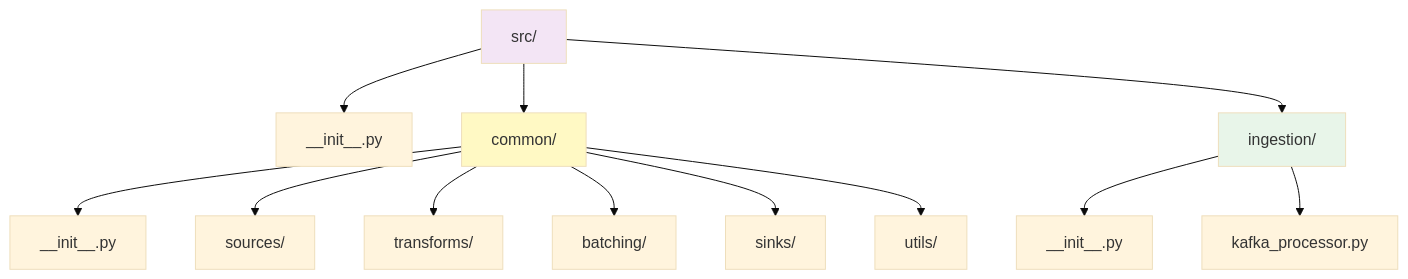
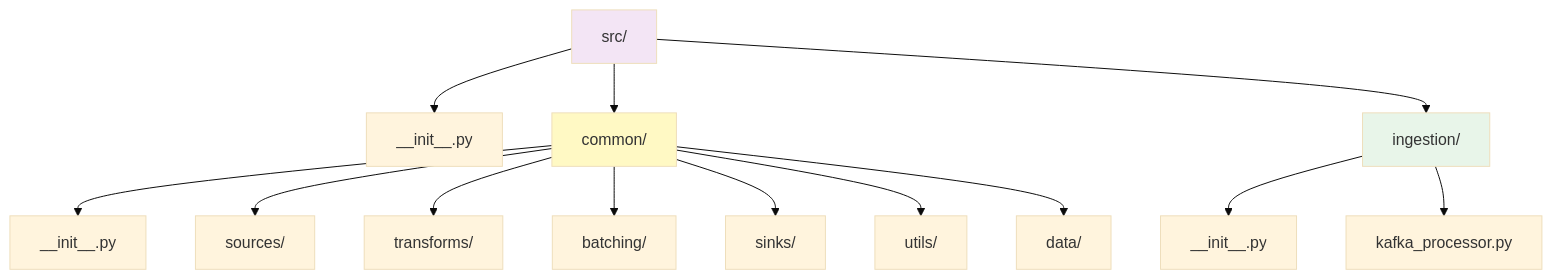
One commit to arthur8davis/tfm-dataflow-architecture changed the fifth of 7 diagrams in ESTRUCTURA_PROYECTO.md. Above: the diagram before and after it, drawn with Mermaid (base theme). The commit also changed other lines of this file and 9 other files, not shown here.

````diff
--- a/ESTRUCTURA_PROYECTO.md
+++ b/ESTRUCTURA_PROYECTO.md
@@ -467,20 +284,21 @@
 ```mermaid
 graph TB
     Src[src/] --> Init0[__init__.py]
     Src --> Common[common/]
     Src --> Ingestion[ingestion/]
 
     Common --> Init1[__init__.py]
     Common --> Sources[sources/]
     Common --> Transforms[transforms/]
     Common --> Batching[batching/]
     Common --> Sinks[sinks/]
     Common --> Utils[utils/]
+    Common --> Data[data/]
 
     Ingestion --> Init2[__init__.py]
     Ingestion --> KP[kafka_processor.py]
 
     style Src fill:#f3e5f5
     style Common fill:#fff9c4
     style Ingestion fill:#e8f5e9
 ```
````
